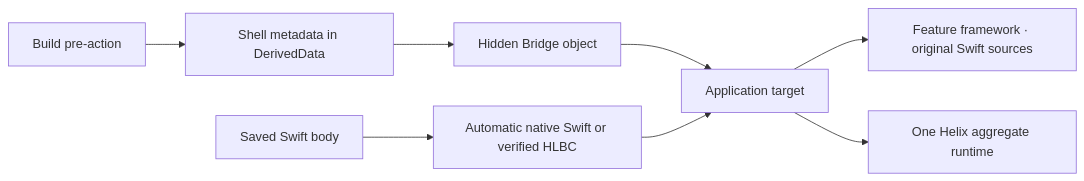
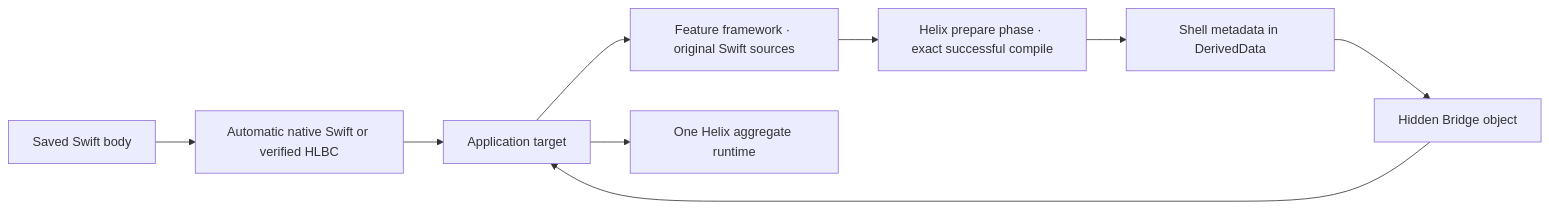
The diagram in Docs/Getting-Started.md (TangentW/Helix), drawn with Mermaid before and after one commit. The commit also changed other lines of this file and 69 other files, not shown here.

````diff
--- a/Docs/Getting-Started.md
+++ b/Docs/Getting-Started.md
@@ -27,10 +27,11 @@
 ```mermaid
 flowchart LR
     A["Application target"] --> F["Feature framework · original Swift sources"]
     A --> R["One Helix aggregate runtime"]
-    P["Build pre-action"] --> S["Shell metadata in DerivedData"]
+    F --> P["Helix prepare phase · exact successful compile"]
+    P --> S["Shell metadata in DerivedData"]
     S --> H["Hidden Bridge object"]
     H --> A
     D["Saved Swift body"] --> N["Automatic native Swift or verified HLBC"]
     N --> A
 ```
````
